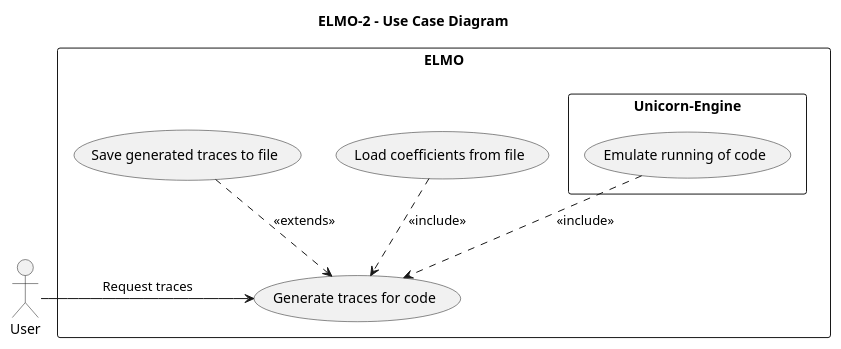
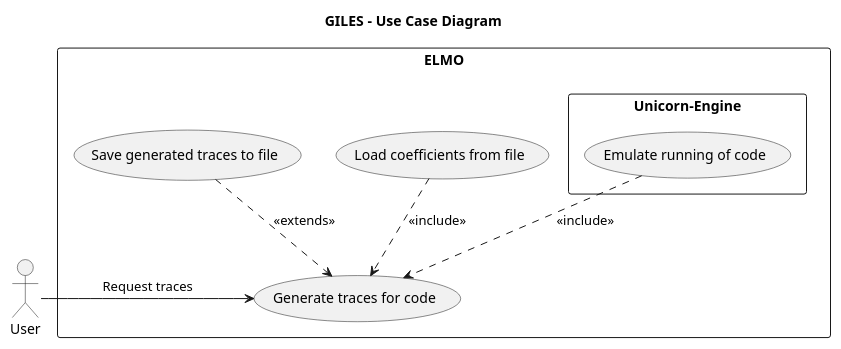
One commit to sca-research/GILES changed the diagram in uml/UseCase.plantuml. Above: the diagram before and after it, drawn with PlantUML. The commit also changed 42 other files, not shown here.

First line of the commit message:
Renamed ELMO2 to GILES

```diff
--- a/uml/UseCase.plantuml
+++ b/uml/UseCase.plantuml
@@ -1,22 +1,22 @@
 @startuml
 
-title ELMO-2 - Use Case Diagram
+title GILES - Use Case Diagram
 
 
 rectangle ELMO {
     (Generate traces for code) as Generate
     (Load coefficients from file) as Load
     (Save generated traces to file) as Save
     rectangle Unicorn-Engine {
         (Emulate running of code) as Emulate
     }
 }
 
 :User:
 
 User -> Generate : Request traces
 Emulate ..> Generate : <<include>>
 Load ..> Generate : <<include>>
 Save ..> Generate : <<extends>>
 
 @enduml
```
